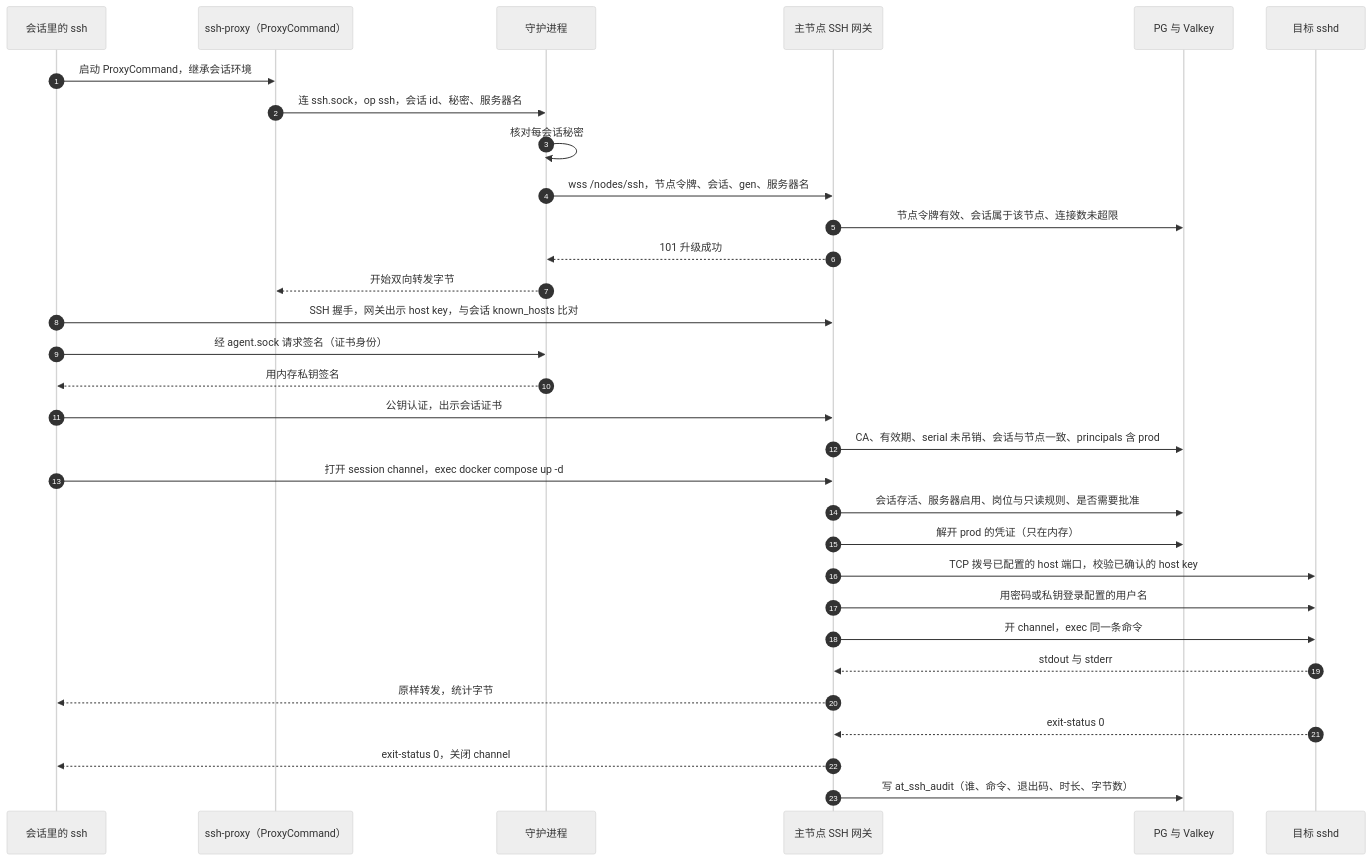
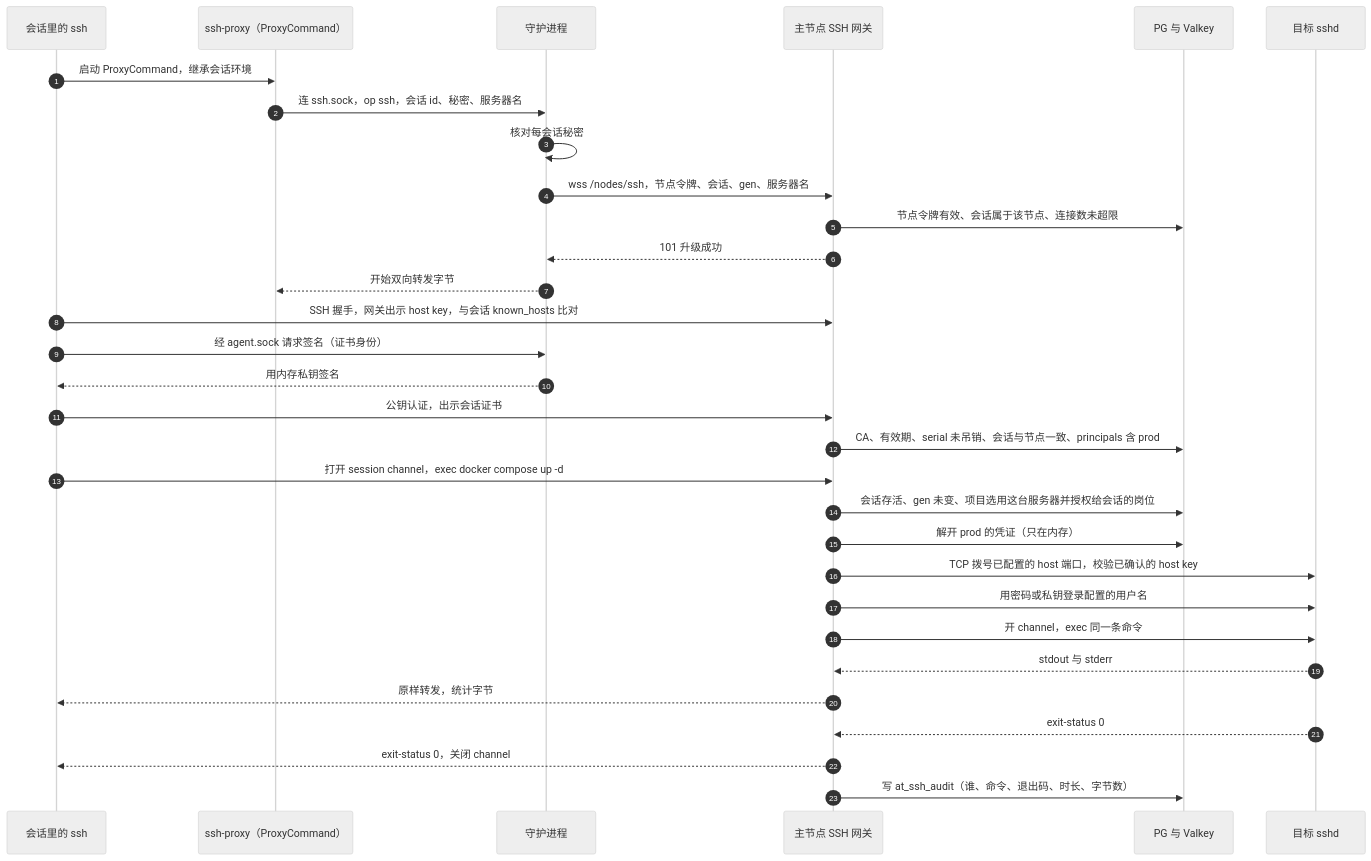
One commit to touwaeriol/agent-teams changed the second of 5 diagrams in docs/v2/remote-servers.md. Above: the diagram before and after it, drawn with Mermaid (neutral theme). The commit also changed other lines of this file and 9 other files, not shown here.

````diff
--- a/docs/v2/remote-servers.md
+++ b/docs/v2/remote-servers.md
@@ -397,33 +409,33 @@
 ```mermaid
 sequenceDiagram
     autonumber
     participant S as 会话里的 ssh
     participant P as ssh-proxy（ProxyCommand）
     participant D as 守护进程
     participant G as 主节点 SSH 网关
     participant DB as PG 与 Valkey
     participant T as 目标 sshd
     S->>P: 启动 ProxyCommand，继承会话环境
     P->>D: 连 ssh.sock，op ssh，会话 id、秘密、服务器名
     D->>D: 核对每会话秘密
     D->>G: wss /nodes/ssh，节点令牌、会话、gen、服务器名
     G->>DB: 节点令牌有效、会话属于该节点、连接数未超限
     G-->>D: 101 升级成功
     D-->>P: 开始双向转发字节
     S->>G: SSH 握手，网关出示 host key，与会话 known_hosts 比对
     S->>D: 经 agent.sock 请求签名（证书身份）
     D-->>S: 用内存私钥签名
     S->>G: 公钥认证，出示会话证书
     G->>DB: CA、有效期、serial 未吊销、会话与节点一致、principals 含 prod
     S->>G: 打开 session channel，exec docker compose up -d
-    G->>DB: 会话存活、服务器启用、岗位与只读规则、是否需要批准
+    G->>DB: 会话存活、gen 未变、项目选用这台服务器并授权给会话的岗位
     G->>DB: 解开 prod 的凭证（只在内存）
     G->>T: TCP 拨号已配置的 host 端口，校验已确认的 host key
     G->>T: 用密码或私钥登录配置的用户名
     G->>T: 开 channel，exec 同一条命令
     T-->>G: stdout 与 stderr
     G-->>S: 原样转发，统计字节
     T-->>G: exit-status 0
     G-->>S: exit-status 0，关闭 channel
     G->>DB: 写 at_ssh_audit（谁、命令、退出码、时长、字节数）
 ```
````
